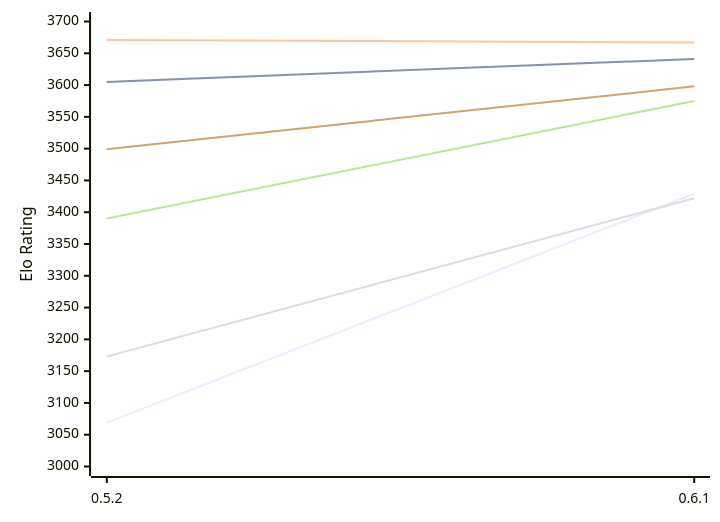
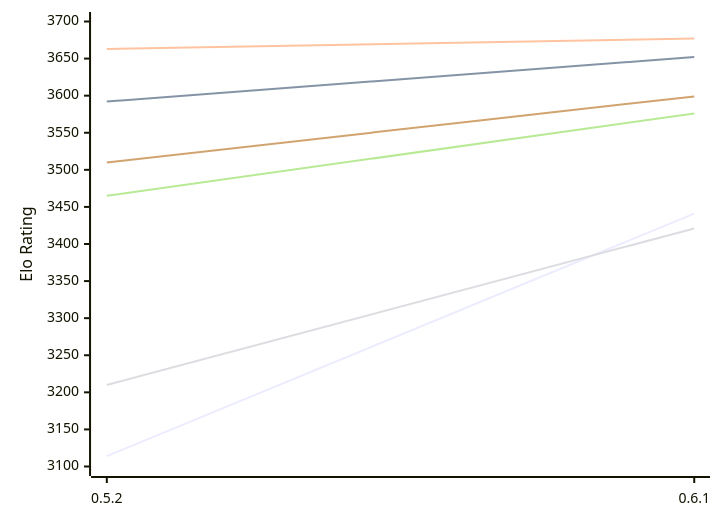
The first of 2 diagrams in engines/Cinder.md (computer-chess-index/cci), drawn with Mermaid before and after one commit. The commit also changed other lines of this file, not shown here.

Commit message:
Update CCI Ratings (ELO VLTC) - 2026-11-16

````diff
--- a/engines/Cinder.md
+++ b/engines/Cinder.md
@@ -54,12 +54,12 @@
 ```mermaid
 %%{init: {"theme":"base","themeVariables":{"seriesColors:['#a3a3a3','#222221','#faa371']}}}%%
 xychart-beta
   x-axis ["0.5.2", "0.6.1"]
-  y-axis "Elo Rating" 3000 --> 3700
-  line "E1: STC (8.0+0.08s)" [3069, 3429]
-  line "E1: LTC (60.0+0.60s)" [3605, 3641]
-  line "E1: VLTC (2m24s+1.12s)" [3671, 3667]
-  line "P1: STC (8.0+0.08s)" [3173, 3422]
-  line "P1: LTC (60.0+0.60s)" [3390, 3575]
-  line "P1: VLTC (2m24s+1.12s)" [3499, 3598]
+  y-axis "Elo Rating" 3100 --> 3700
+  line "E1: STC (8.0+0.08s)" [3114, 3441]
+  line "E1: LTC (60.0+0.60s)" [3592, 3652]
+  line "E1: VLTC (2m24s+1.12s)" [3663, 3677]
+  line "P1: STC (8.0+0.08s)" [3210, 3421]
+  line "P1: LTC (60.0+0.60s)" [3465, 3576]
+  line "P1: VLTC (2m24s+1.12s)" [3510, 3599]
 ```
````
